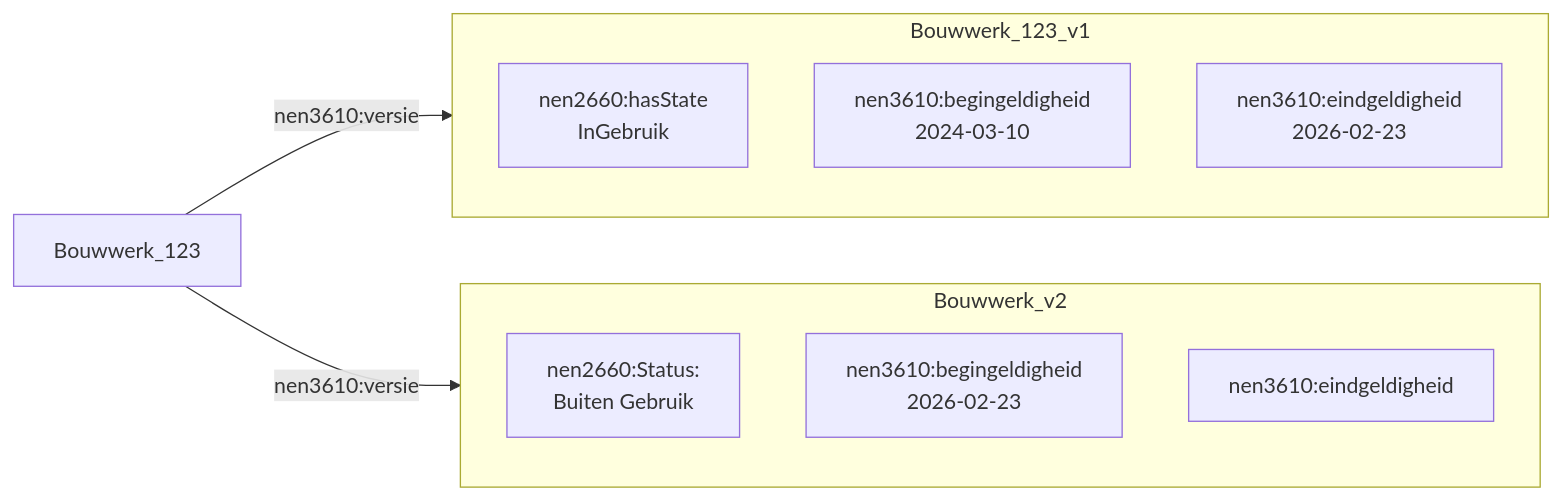
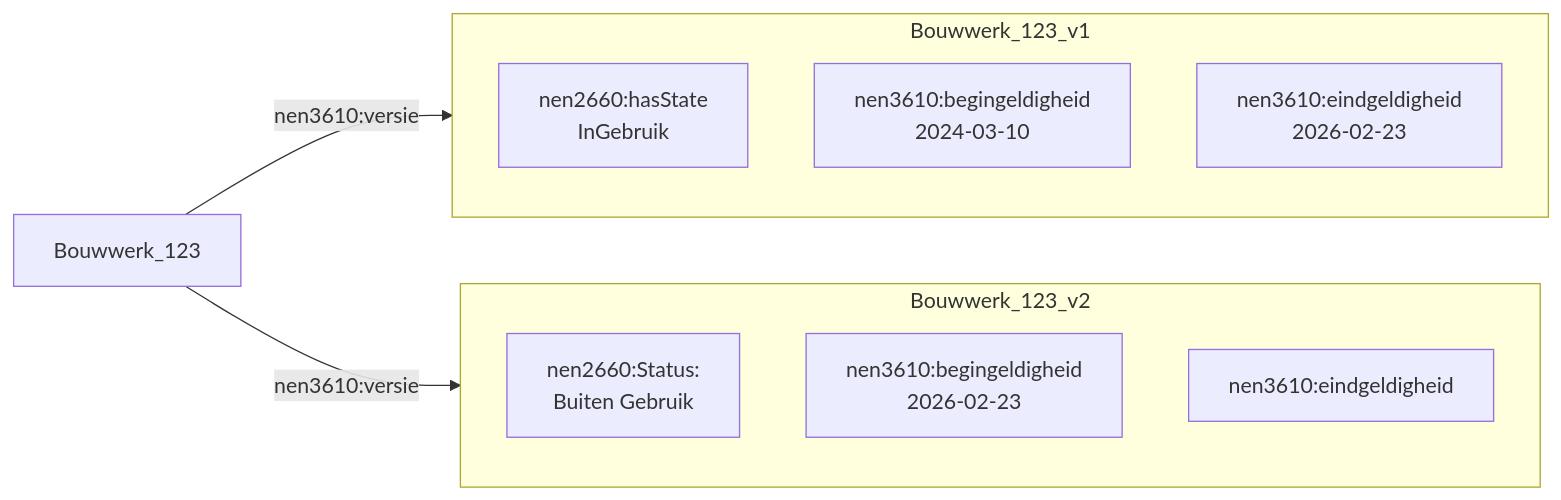
Before and after one commit to Geonovum/GeoBIM_BIM_naar_Geo: the first of 2 diagrams in 06 Levencyclus BIM naar GEO.md, drawn with Mermaid. The commit also changed other lines of this file and 6 other files, not shown here.

````diff
--- a/06 Levencyclus BIM naar GEO.md
+++ b/06 Levencyclus BIM naar GEO.md
@@ -59,15 +62,15 @@
 ```mermaid
 flowchart LR
     A[Bouwwerk_123] -->|nen3610:versie| B
     subgraph B["Bouwwerk_123_v1"]
         B1["nen2660:hasState<br/>InGebruik"]
         B2["nen3610:begingeldigheid<br/>2024-03-10"] 
         B3["nen3610:eindgeldigheid<br/>2026-02-23"]
     end
     A -->|nen3610:versie| C
-    subgraph C["Bouwwerk_v2"]
+    subgraph C["Bouwwerk_123_v2"]
         C1[nen2660:Status:<br/> Buiten Gebruik]
         C2["nen3610:begingeldigheid<br/>2026-02-23"] 
         C3["nen3610:eindgeldigheid<br/> "]
     end
 ```
````
